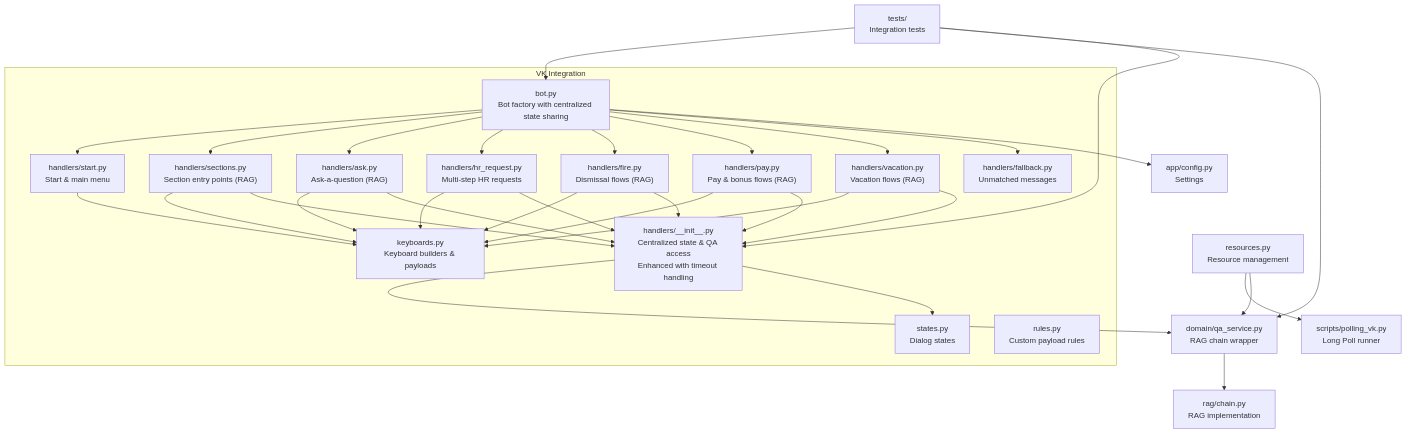
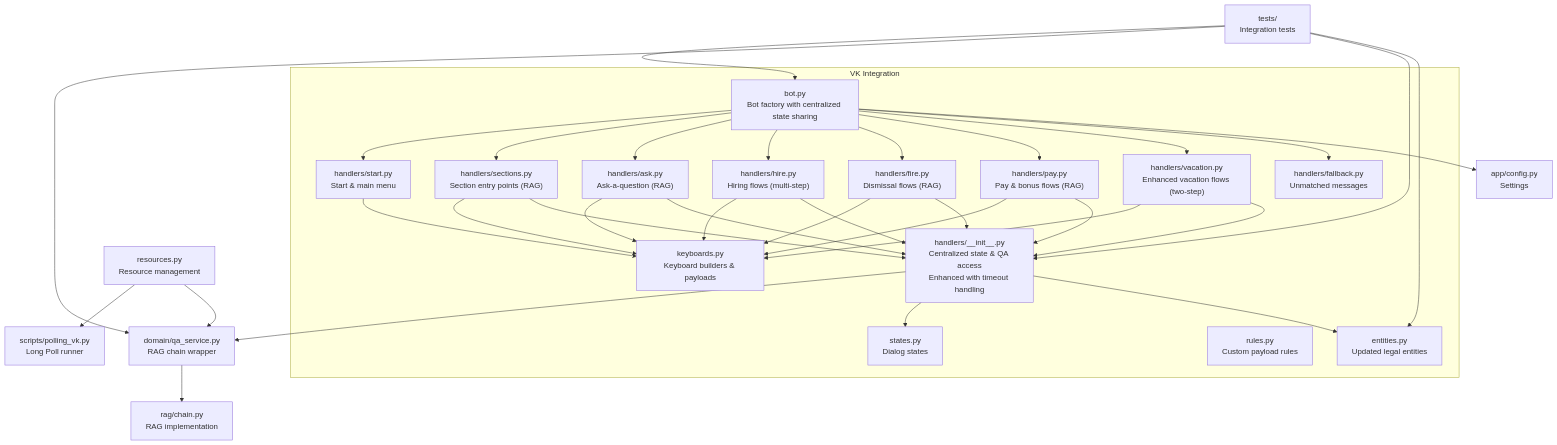
Before and after one commit to ognelis/cafetera_hr_bot: the first of 16 diagrams in .qoder/repowiki/en/content/VK Integration/VK Integration.md, drawn with Mermaid. The commit also changed other lines of this file and 26 other files, not shown here.

````diff
--- a/.qoder/repowiki/en/content/VK Integration/VK Integration.md
+++ b/.qoder/repowiki/en/content/VK Integration/VK Integration.md
@@ -76,54 +74,57 @@
 ```mermaid
 graph TB
 subgraph "VK Integration"
 BOT["bot.py<br/>Bot factory with centralized state sharing"]
 START["handlers/start.py<br/>Start & main menu"]
 SECTIONS["handlers/sections.py<br/>Section entry points (RAG)"]
 ASK["handlers/ask.py<br/>Ask-a-question (RAG)"]
-HR_REQUEST["handlers/hr_request.py<br/>Multi-step HR requests"]
+HIRE["handlers/hire.py<br/>Hiring flows (multi-step)"]
 FIRE["handlers/fire.py<br/>Dismissal flows (RAG)"]
 PAY["handlers/pay.py<br/>Pay & bonus flows (RAG)"]
-VACATION["handlers/vacation.py<br/>Vacation flows (RAG)"]
+VACATION["handlers/vacation.py<br/>Enhanced vacation flows (two-step)"]
 FALLBACK["handlers/fallback.py<br/>Unmatched messages"]
 KEYBOARDS["keyboards.py<br/>Keyboard builders & payloads"]
 STATES["states.py<br/>Dialog states"]
 UTILS["handlers/__init__.py<br/>Centralized state & QA access<br/>Enhanced with timeout handling"]
 RULES["rules.py<br/>Custom payload rules"]
+ENTITIES["entities.py<br/>Updated legal entities"]
 end
 RESOURCES["resources.py<br/>Resource management"]
 QA_SERVICE["domain/qa_service.py<br/>RAG chain wrapper"]
 CHAIN["rag/chain.py<br/>RAG implementation"]
 SCRIPT["scripts/polling_vk.py<br/>Long Poll runner"]
 CONFIG["app/config.py<br/>Settings"]
 TESTS["tests/<br/>Integration tests"]
 BOT --> START
 BOT --> SECTIONS
 BOT --> ASK
-BOT --> HR_REQUEST
+BOT --> HIRE
 BOT --> FIRE
 BOT --> PAY
 BOT --> VACATION
 BOT --> FALLBACK
 START --> KEYBOARDS
 SECTIONS --> KEYBOARDS
 ASK --> KEYBOARDS
-HR_REQUEST --> KEYBOARDS
+HIRE --> KEYBOARDS
 FIRE --> KEYBOARDS
 PAY --> KEYBOARDS
 VACATION --> KEYBOARDS
 ASK --> UTILS
 FIRE --> UTILS
 PAY --> UTILS
 VACATION --> UTILS
 SECTIONS --> UTILS
-HR_REQUEST --> UTILS
+HIRE --> UTILS
 UTILS --> QA_SERVICE
 UTILS --> STATES
+UTILS --> ENTITIES
 RESOURCES --> SCRIPT
 RESOURCES --> QA_SERVICE
 QA_SERVICE --> CHAIN
 BOT --> CONFIG
 TESTS --> BOT
 TESTS --> QA_SERVICE
 TESTS --> UTILS
+TESTS --> ENTITIES
 ```
````
